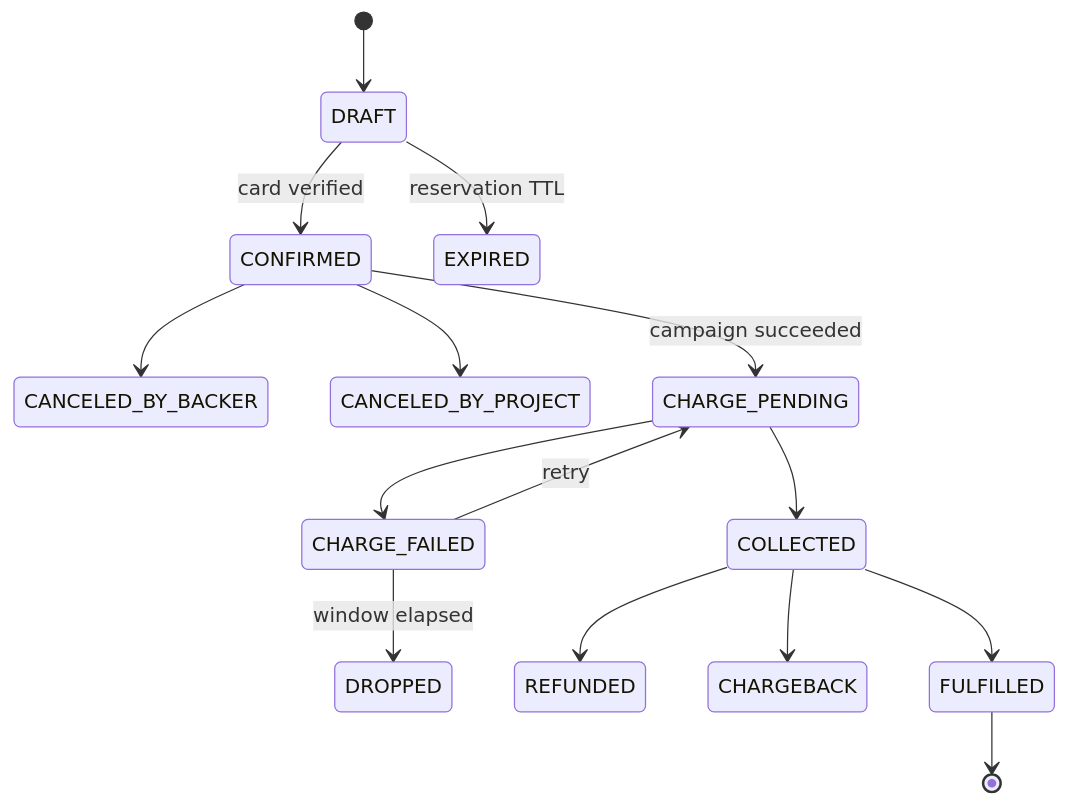
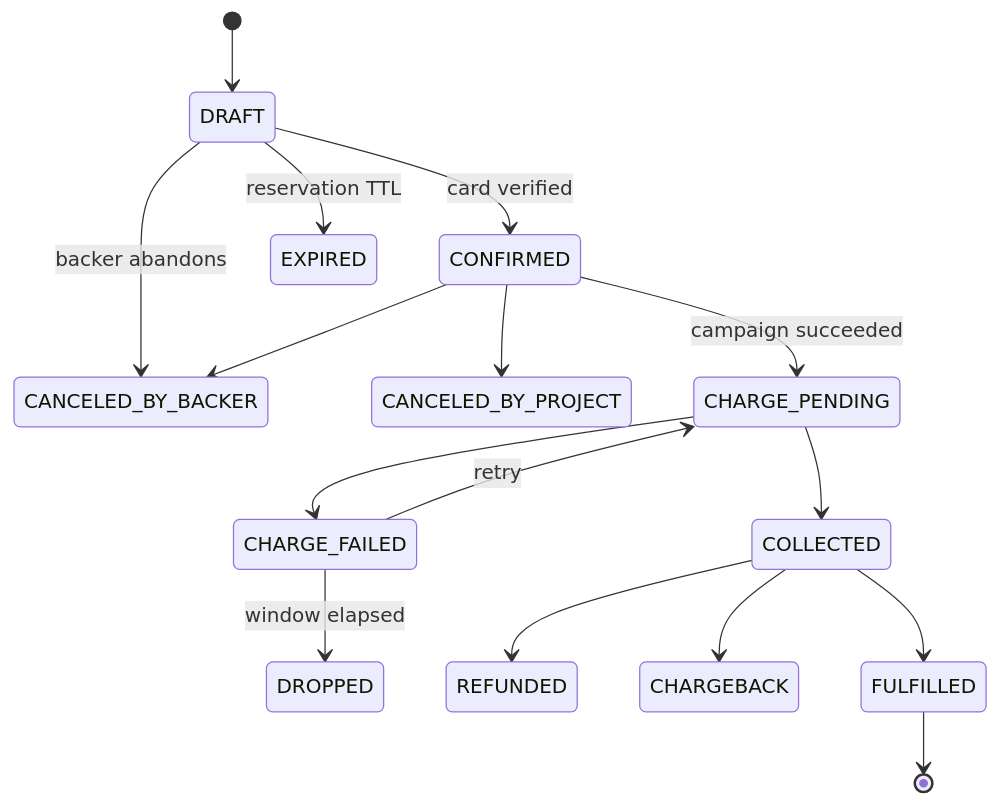
Before and after one commit to ismetcahangirov/ideanest: the fourth of 9 diagrams in docs/architecture.md, drawn with Mermaid. The commit also changed other lines of this file and 18 other files, not shown here.

````diff
--- a/docs/architecture.md
+++ b/docs/architecture.md
@@ -895,17 +943,18 @@
 ```mermaid
 stateDiagram-v2
     [*] --> DRAFT
     DRAFT --> CONFIRMED: card verified
     DRAFT --> EXPIRED: reservation TTL
+    DRAFT --> CANCELED_BY_BACKER: backer abandons
     CONFIRMED --> CANCELED_BY_BACKER
     CONFIRMED --> CANCELED_BY_PROJECT
     CONFIRMED --> CHARGE_PENDING: campaign succeeded
     CHARGE_PENDING --> COLLECTED
     CHARGE_PENDING --> CHARGE_FAILED
     CHARGE_FAILED --> CHARGE_PENDING: retry
     CHARGE_FAILED --> DROPPED: window elapsed
     COLLECTED --> REFUNDED
     COLLECTED --> CHARGEBACK
     COLLECTED --> FULFILLED
     FULFILLED --> [*]
 ```
````
